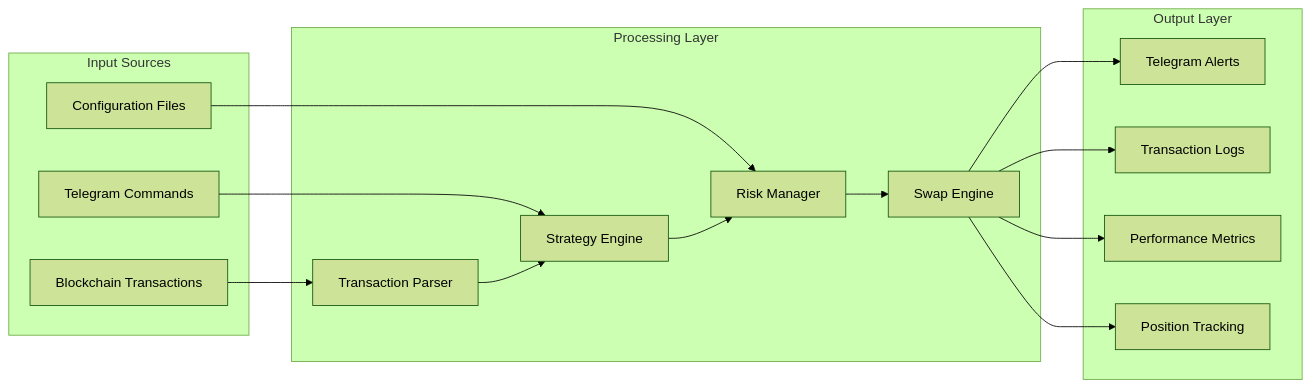
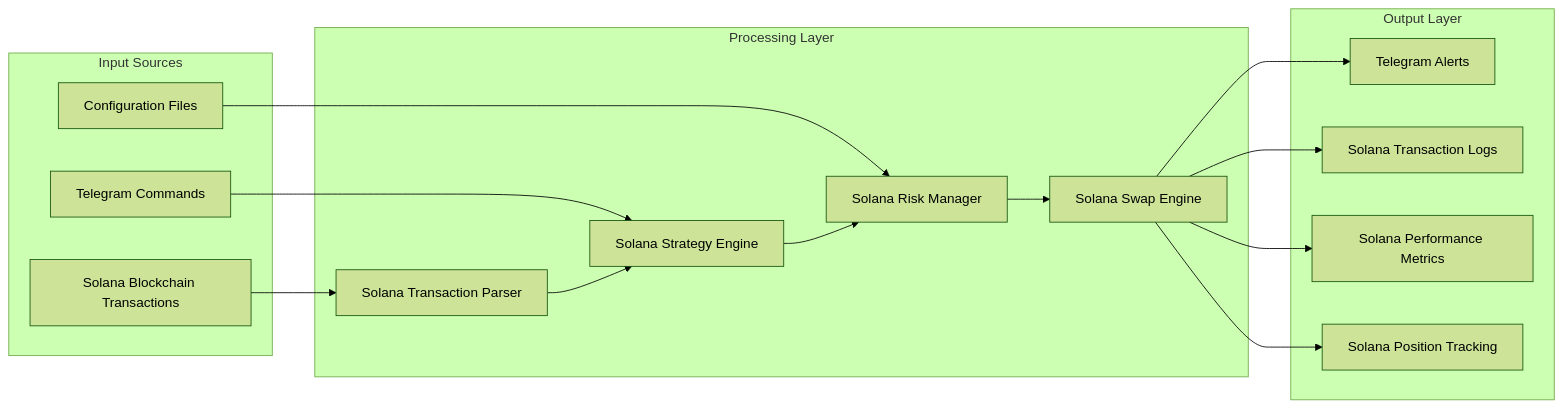
Before and after one commit to hanshaze/solana-copy-trading-bot: the third of 3 diagrams in README.md, drawn with Mermaid (forest theme). The commit also changed other lines of this file, not shown here.

Commit message:
Enhance README.md for Solana Copy Trading Bot with detailed features, installation instructions, and improved structure for clarity. Emphasize Solana-specific capabilities and provide comprehensive sections on trading strategies, risk management, and troubleshooting.

````diff
--- a/README.md
+++ b/README.md
@@ -195,35 +209,35 @@
 ```mermaid
 graph LR
     subgraph "Input Sources"
-        A[Blockchain Transactions]
+        A[Solana Blockchain Transactions]
         B[Telegram Commands]
         C[Configuration Files]
     end
     
     subgraph "Processing Layer"
-        D[Transaction Parser]
-        E[Strategy Engine]
-        F[Risk Manager]
-        G[Swap Engine]
+        D[Solana Transaction Parser]
+        E[Solana Strategy Engine]
+        F[Solana Risk Manager]
+        G[Solana Swap Engine]
     end
     
     subgraph "Output Layer"
         H[Telegram Alerts]
-        I[Transaction Logs]
-        J[Performance Metrics]
-        K[Position Tracking]
+        I[Solana Transaction Logs]
+        J[Solana Performance Metrics]
+        K[Solana Position Tracking]
     end
     
     A --> D
     B --> E
     C --> F
     
     D --> E
     E --> F
     F --> G
     
     G --> H
     G --> I
     G --> J
     G --> K
 ```
````
